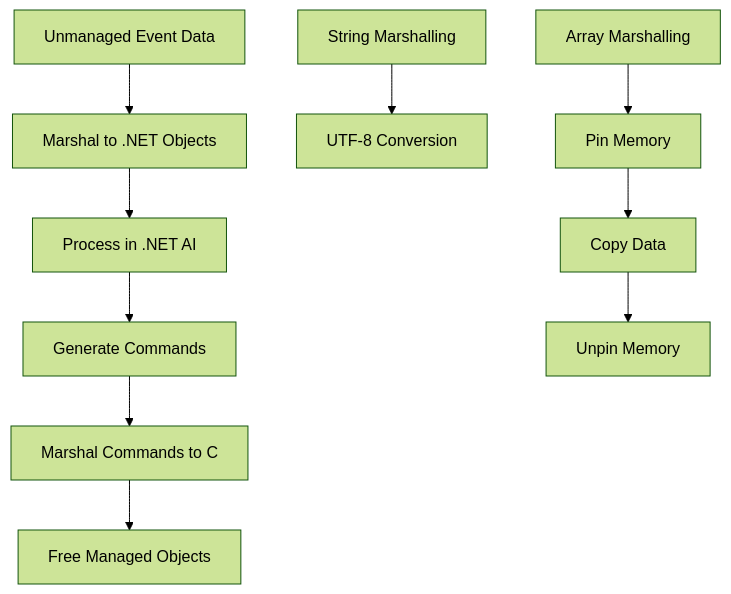
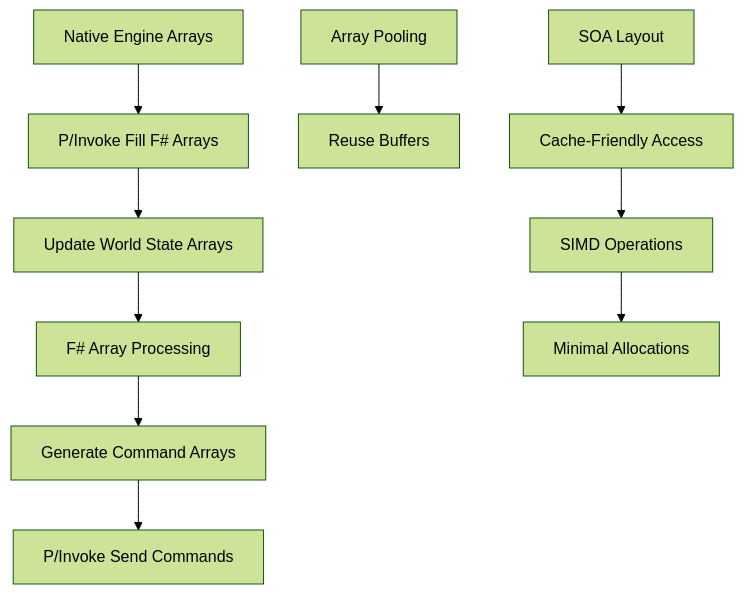
The sixth of 6 diagrams in AI/Wrappers/DotNet/Architecture.md (EHotwagner/RecoilEngine), drawn with Mermaid (forest theme) before and after one commit. The commit also changed other lines of this file, not shown here.

Commit message:
Refactor architecture documentation: Update to F# data-oriented wrapper and enhance clarity on design principles and performance benefits

````diff
--- a/AI/Wrappers/DotNet/Architecture.md
+++ b/AI/Wrappers/DotNet/Architecture.md
@@ -289,13 +301,13 @@
 ```mermaid
 flowchart TD
-    A[Unmanaged Event Data] --> B[Marshal to .NET Objects]
-    B --> C[Process in .NET AI]
-    C --> D[Generate Commands]
-    D --> E[Marshal Commands to C]
-    E --> F[Free Managed Objects]
+    A[Native Engine Arrays] --> B[P/Invoke Fill F# Arrays]
+    B --> C[Update World State Arrays]
+    C --> D[F# Array Processing]
+    D --> E[Generate Command Arrays]
+    E --> F[P/Invoke Send Commands]
     
-    G[String Marshalling] --> H[UTF-8 Conversion]
-    I[Array Marshalling] --> J[Pin Memory]
-    J --> K[Copy Data]
-    K --> L[Unpin Memory]
+    G[Array Pooling] --> H[Reuse Buffers]
+    I[SOA Layout] --> J[Cache-Friendly Access]
+    J --> K[SIMD Operations]
+    K --> L[Minimal Allocations]
 ```
````
